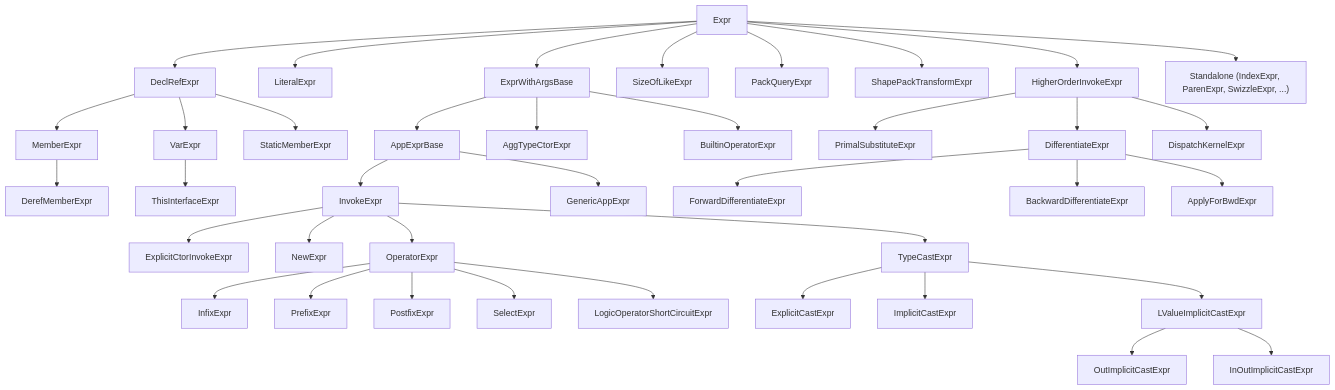
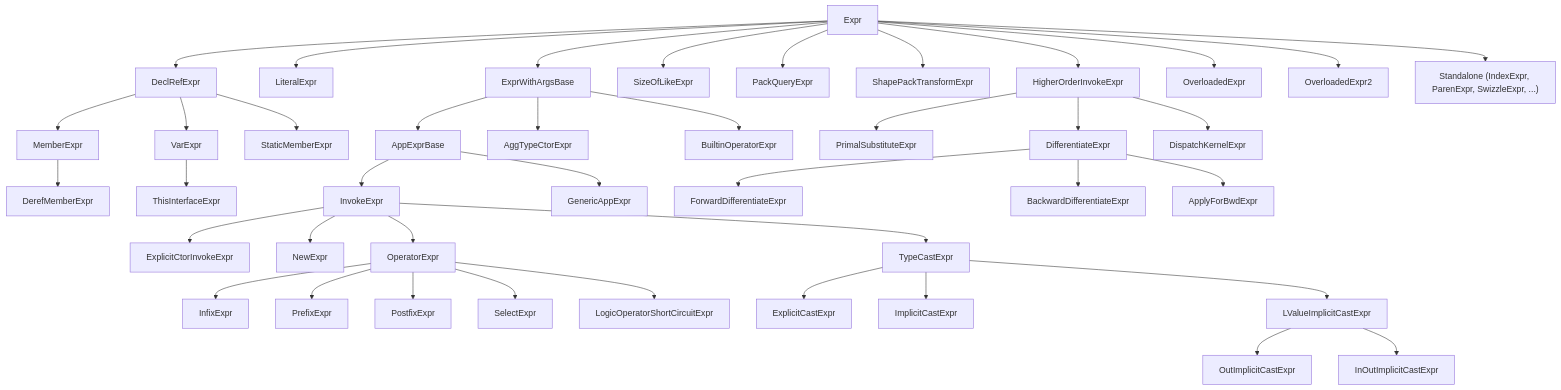
One commit to shader-slang/slang changed the diagram in docs/generated/design/ast-reference/expressions.md. Above: the diagram before and after it, drawn with Mermaid. The commit also changed other lines of this file and 176 other files, not shown here.

````diff
--- a/docs/generated/design/ast-reference/expressions.md
+++ b/docs/generated/design/ast-reference/expressions.md
@@ -31,41 +39,43 @@
 ```mermaid
 flowchart TD
   Expr --> DeclRefExpr
   Expr --> LiteralExpr
   Expr --> ExprWithArgsBase
   Expr --> SizeOfLikeExpr
   Expr --> PackQueryExpr
   Expr --> ShapePackTransformExpr
   Expr --> HigherOrderInvokeExpr
+  Expr --> OverloadedExpr
+  Expr --> OverloadedExpr2
   Expr --> OtherExpr["Standalone (IndexExpr, ParenExpr, SwizzleExpr, ...)"]
   DeclRefExpr --> VarExpr
   DeclRefExpr --> MemberExpr
   DeclRefExpr --> StaticMemberExpr
   MemberExpr --> DerefMemberExpr
   VarExpr --> ThisInterfaceExpr
   ExprWithArgsBase --> AppExprBase
   ExprWithArgsBase --> AggTypeCtorExpr
   ExprWithArgsBase --> BuiltinOperatorExpr
   AppExprBase --> InvokeExpr
   AppExprBase --> GenericAppExpr
   InvokeExpr --> ExplicitCtorInvokeExpr
   InvokeExpr --> NewExpr
   InvokeExpr --> OperatorExpr
   InvokeExpr --> TypeCastExpr
   OperatorExpr --> InfixExpr
   OperatorExpr --> PrefixExpr
   OperatorExpr --> PostfixExpr
   OperatorExpr --> SelectExpr
   OperatorExpr --> LogicOperatorShortCircuitExpr
   TypeCastExpr --> ExplicitCastExpr
   TypeCastExpr --> ImplicitCastExpr
   TypeCastExpr --> LValueImplicitCastExpr
   LValueImplicitCastExpr --> OutImplicitCastExpr
   LValueImplicitCastExpr --> InOutImplicitCastExpr
   HigherOrderInvokeExpr --> PrimalSubstituteExpr
   HigherOrderInvokeExpr --> DifferentiateExpr
   HigherOrderInvokeExpr --> DispatchKernelExpr
   DifferentiateExpr --> ForwardDifferentiateExpr
   DifferentiateExpr --> BackwardDifferentiateExpr
   DifferentiateExpr --> ApplyForBwdExpr
 ```
````
